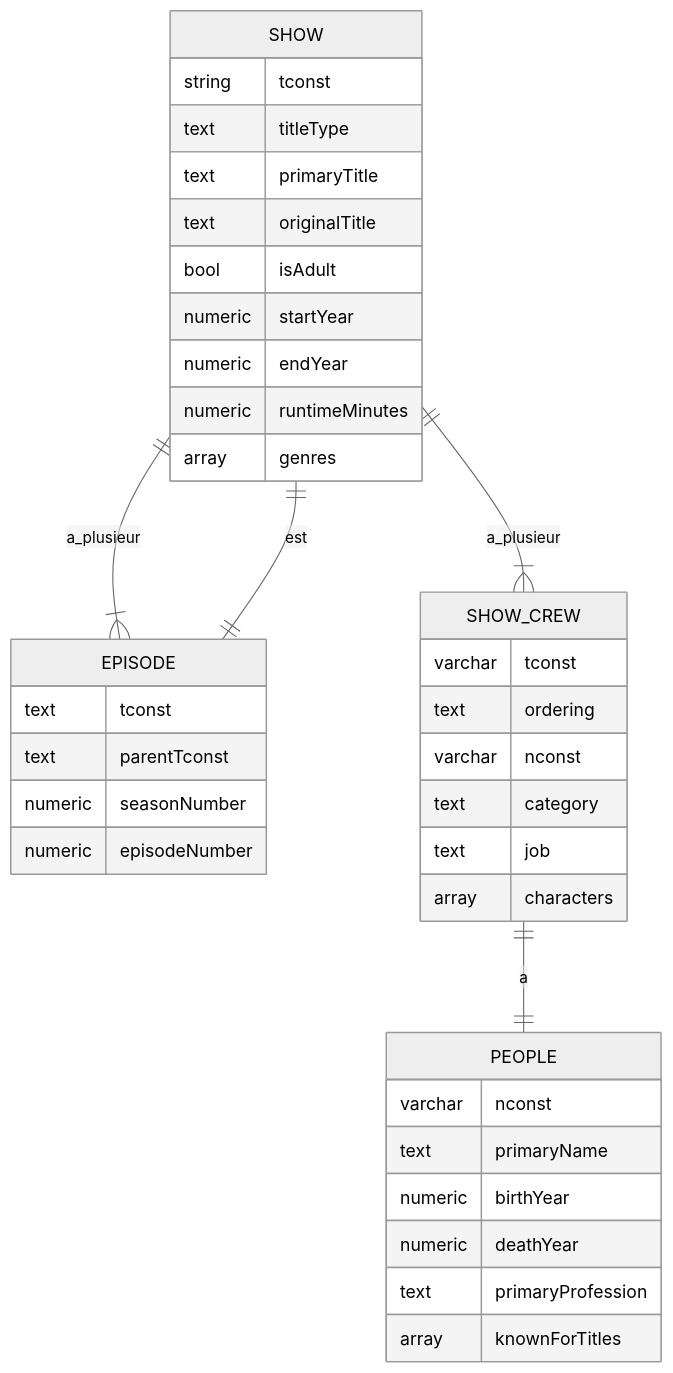
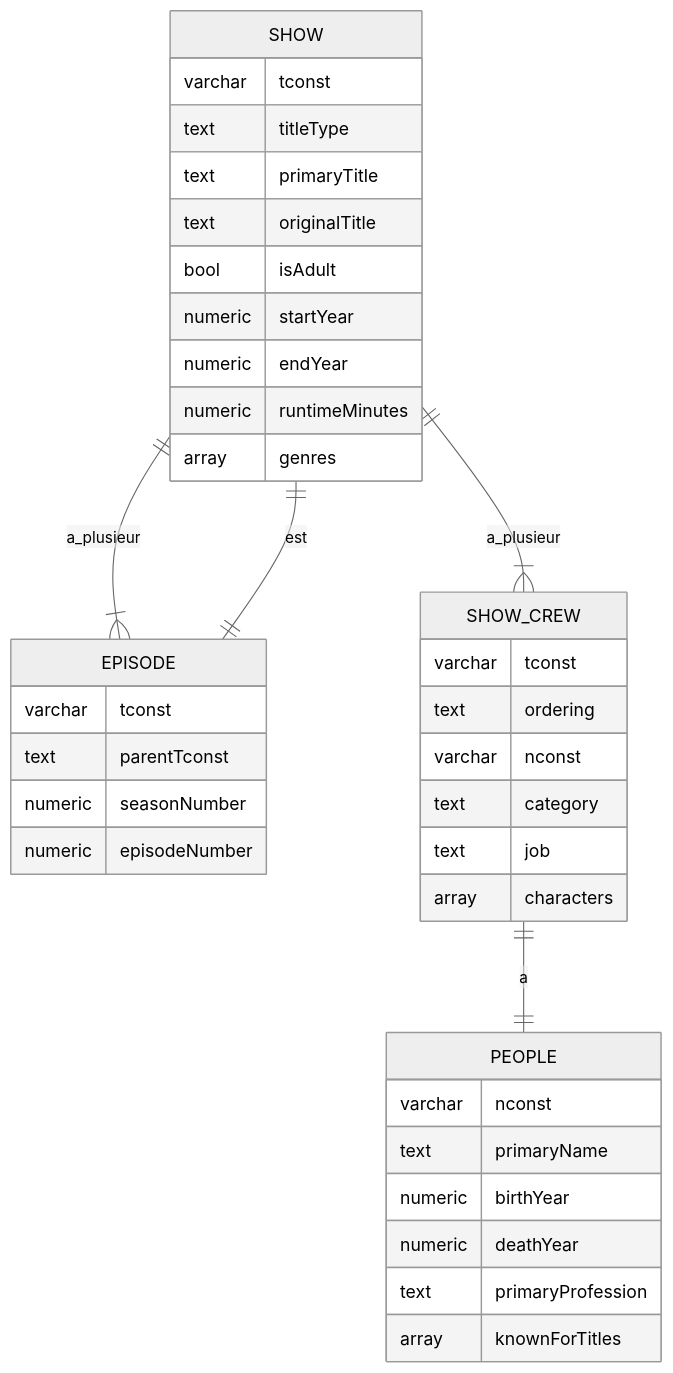
Before and after one commit to larousso/astuces-postgresql: the diagram in readme.md, drawn with Mermaid (neutral theme).

````diff
--- a/readme.md
+++ b/readme.md
@@ -23,41 +23,41 @@
 ```mermaid
 erDiagram
     SHOW ||--|{ EPISODE : a_plusieur
     SHOW {
-        string tconst
+        varchar tconst
         text titleType
         text primaryTitle
         text originalTitle
         bool isAdult
         numeric startYear
         numeric endYear
         numeric runtimeMinutes
         array genres
     }
     EPISODE ||--|| SHOW : est
     EPISODE {
-        text tconst
+        varchar tconst
         text parentTconst
         numeric seasonNumber
         numeric episodeNumber
     }
     SHOW ||--|{ SHOW_CREW : a_plusieur
     SHOW_CREW {
         varchar tconst
         text ordering
         varchar nconst
         text category
         text job
         array characters
     }
     SHOW_CREW ||--|| PEOPLE : a 
     PEOPLE {
         varchar nconst
         text primaryName
         numeric birthYear
         numeric deathYear
         text primaryProfession
         array knownForTitles
     }
 
 ```
````
